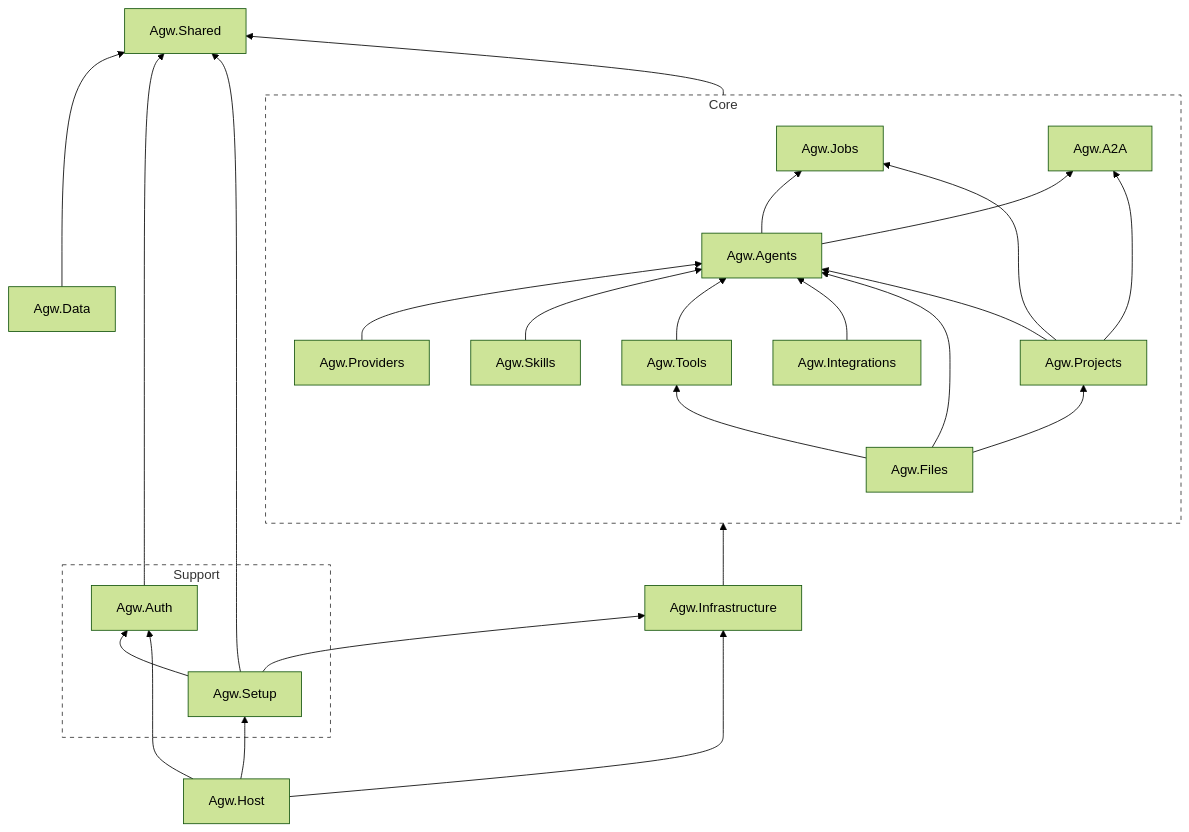
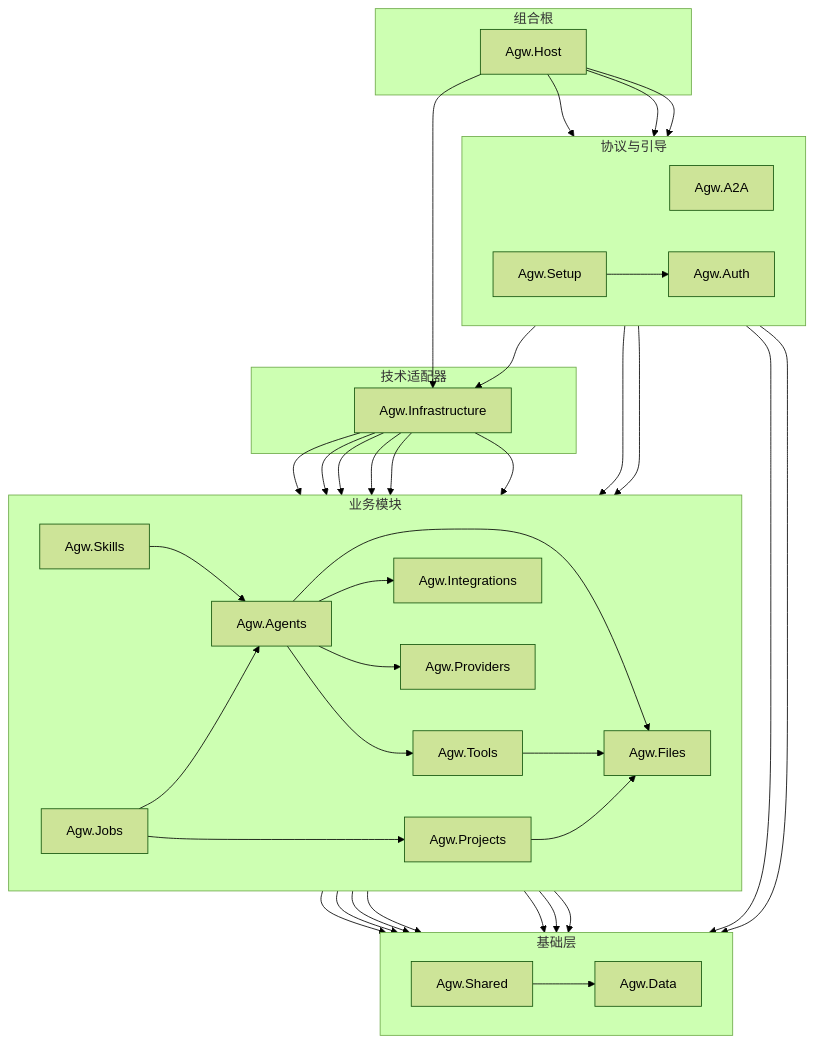
The diagram in README.zh-CN.md (zxyao145/agw), drawn with Mermaid (forest theme) before and after one commit. The commit also changed other lines of this file and 4 other files, not shown here.

Commit message:
feat(architecture): reorganize project structure and update architecture diagrams for clarity

````diff
--- a/README.zh-CN.md
+++ b/README.zh-CN.md
@@ -288,61 +288,79 @@
 ```mermaid
-flowchart BT
-    Agw.Host
-    Agw.Infrastructure
-
-    subgraph Core
-        direction BT
-        Agw.Jobs
-        Agw.A2A
-        Agw.Agents
-        Agw.Providers
-        Agw.Skills
-        Agw.Tools
-        Agw.Files
-        Agw.Integrations
-        Agw.Projects
-
-        %% Relationships
-        Agw.Agents --> Agw.Jobs
-        Agw.Agents --> Agw.A2A
-
-
-        Agw.Providers --> Agw.Agents
-        Agw.Skills --> Agw.Agents
-        Agw.Tools --> Agw.Agents
-        Agw.Integrations --> Agw.Agents
-        Agw.Files --> Agw.Agents
-
-
-        Agw.Projects --> Agw.Agents
-        Agw.Projects --> Agw.Jobs
-        Agw.Projects --> Agw.A2A
-        Agw.Files --> Agw.Projects
-        Agw.Files --> Agw.Tools
-
+flowchart TB
+    subgraph Composition["组合根"]
+        HOST["Agw.Host"]
     end
 
-    subgraph Support
-        Agw.Auth[Agw.Auth]
-        Agw.Setup[Agw.Setup]
+    subgraph Boundaries["协议与引导"]
+        direction LR
+        A2A["Agw.A2A"]
+        AUTH["Agw.Auth"]
+        SETUP["Agw.Setup"]
     end
 
-    Agw.Shared 
+    subgraph Adapters["技术适配器"]
+        INFRA["Agw.Infrastructure"]
+    end
 
-    Agw.Data --> Agw.Shared
-    Agw.Auth --> Agw.Shared
-    Agw.Setup --> Agw.Auth
-    Agw.Setup --> Agw.Infrastructure
-    Agw.Setup --> Agw.Shared
-    Core --> Agw.Shared
+    subgraph Core["业务模块"]
+        direction LR
+        AGENTS["Agw.Agents"]
+        JOBS["Agw.Jobs"]
+        PROJECTS["Agw.Projects"]
+        PROVIDERS["Agw.Providers"]
+        INTEGRATIONS["Agw.Integrations"]
+        SKILLS["Agw.Skills"]
+        TOOLS["Agw.Tools"]
+        FILES["Agw.Files"]
+    end
 
-    Agw.Infrastructure --> Core
-    Agw.Host --> Agw.Auth
-    Agw.Host --> Agw.Setup
-    Agw.Host --> Agw.Infrastructure
+    subgraph Foundation["基础层"]
+        direction LR
+        SHARED["Agw.Shared"]
+        DATA["Agw.Data"]
+    end
 
+    HOST --> A2A
+    HOST --> AUTH
+    HOST --> INFRA
+    HOST --> SETUP
 
-    %% styles
-    style Core fill:none,stroke:#333,stroke-dasharray: 5 5
-    style Support fill:none,stroke:#333,stroke-dasharray: 5 5
+    SETUP --> AUTH
+    SETUP --> INFRA
+    SETUP --> SHARED
+
+    A2A --> AGENTS
+    A2A --> PROJECTS
+
+    INFRA --> AGENTS
+    INFRA --> INTEGRATIONS
+    INFRA --> PROVIDERS
+    INFRA --> PROJECTS
+    INFRA --> SKILLS
+    INFRA --> JOBS
+
+    SKILLS --> AGENTS
+    SKILLS --> SHARED
+    JOBS --> AGENTS
+    JOBS --> PROJECTS
+    JOBS --> SHARED
+
+    AGENTS --> FILES
+    AGENTS --> INTEGRATIONS
+    AGENTS --> PROVIDERS
+    AGENTS --> TOOLS
+    AGENTS --> SHARED
+
+    PROJECTS --> FILES
+    PROJECTS --> SHARED
+    TOOLS --> FILES
+    TOOLS --> SHARED
+
+    AUTH --> SHARED
+    INTEGRATIONS --> SHARED
+    PROVIDERS --> SHARED
+
+    %% 仅用于布局：让基础层保持在业务模块下方。
+    FILES ~~~ SHARED
+    SHARED --> DATA
 ```
````
